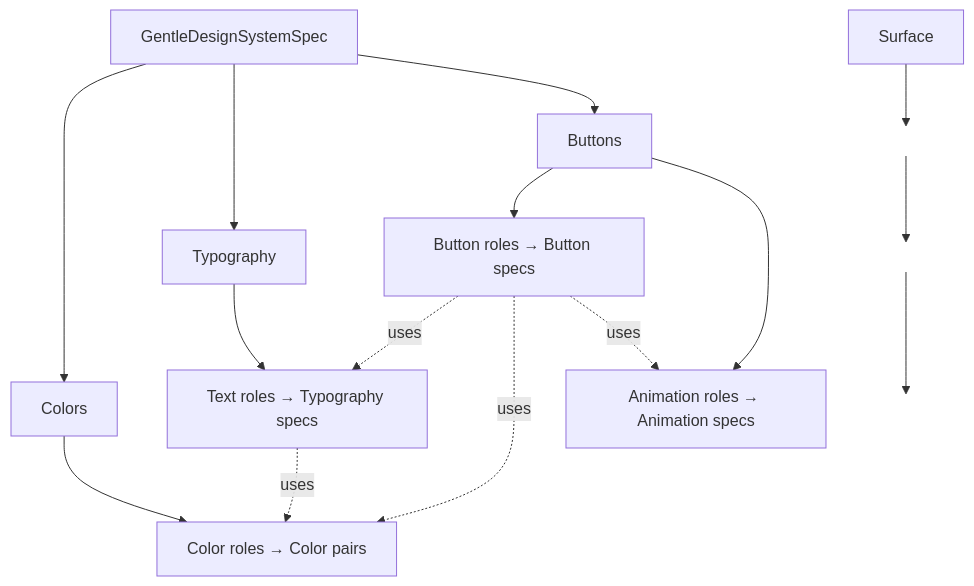
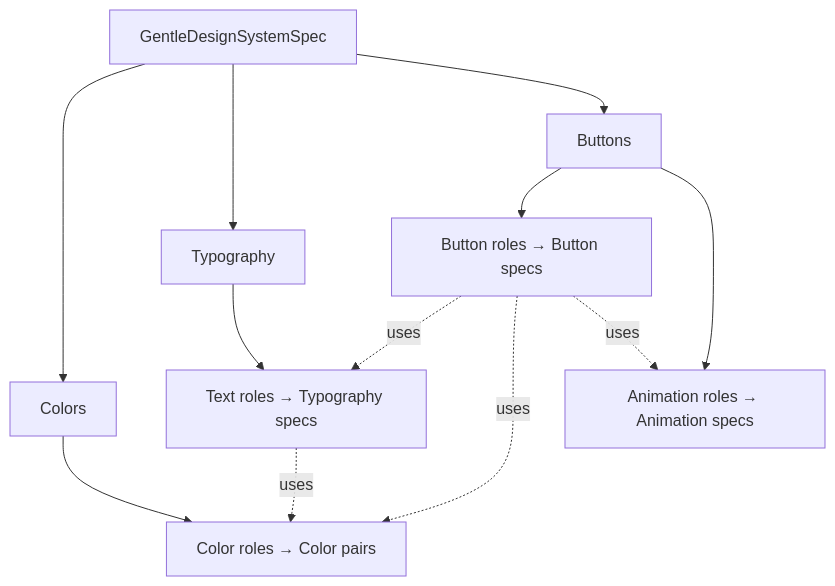
Before and after one commit to gentle-giraffe-apps/GentleDesignSystem: the second of 3 diagrams in README.md, drawn with Mermaid.

Commit message:
try again

````diff
--- a/README.md
+++ b/README.md
@@ -125,28 +125,18 @@
 ```mermaid
 flowchart TB
   Spec[GentleDesignSystemSpec]
   Spec --> Colors[Colors]
   Spec --> Type[Typography]
   Spec --> Buttons[Buttons]
 
   Colors --> CR[Color roles → Color pairs]
   Type --> TR[Text roles → Typography specs]
   Buttons --> BR[Button roles → Button specs]
   Buttons --> AR[Animation roles → Animation specs]
 
   %% Cross references (the important part)
   TR -.uses.-> CR
   BR -.uses.-> TR
   BR -.uses.-> CR
   BR -.uses.-> AR
-
-  %% --- Spacer nodes to force extra bottom height ---
-  SpacerA[" "]:::spacer
-  SpacerB[" "]:::spacer
-  SpacerC[" "]:::spacer
-  Surface --> SpacerA
-  SpacerA --> SpacerB
-  SpacerB --> SpacerC
-
-  classDef spacer fill:transparent,stroke:transparent,color:transparent;
 ```
````
